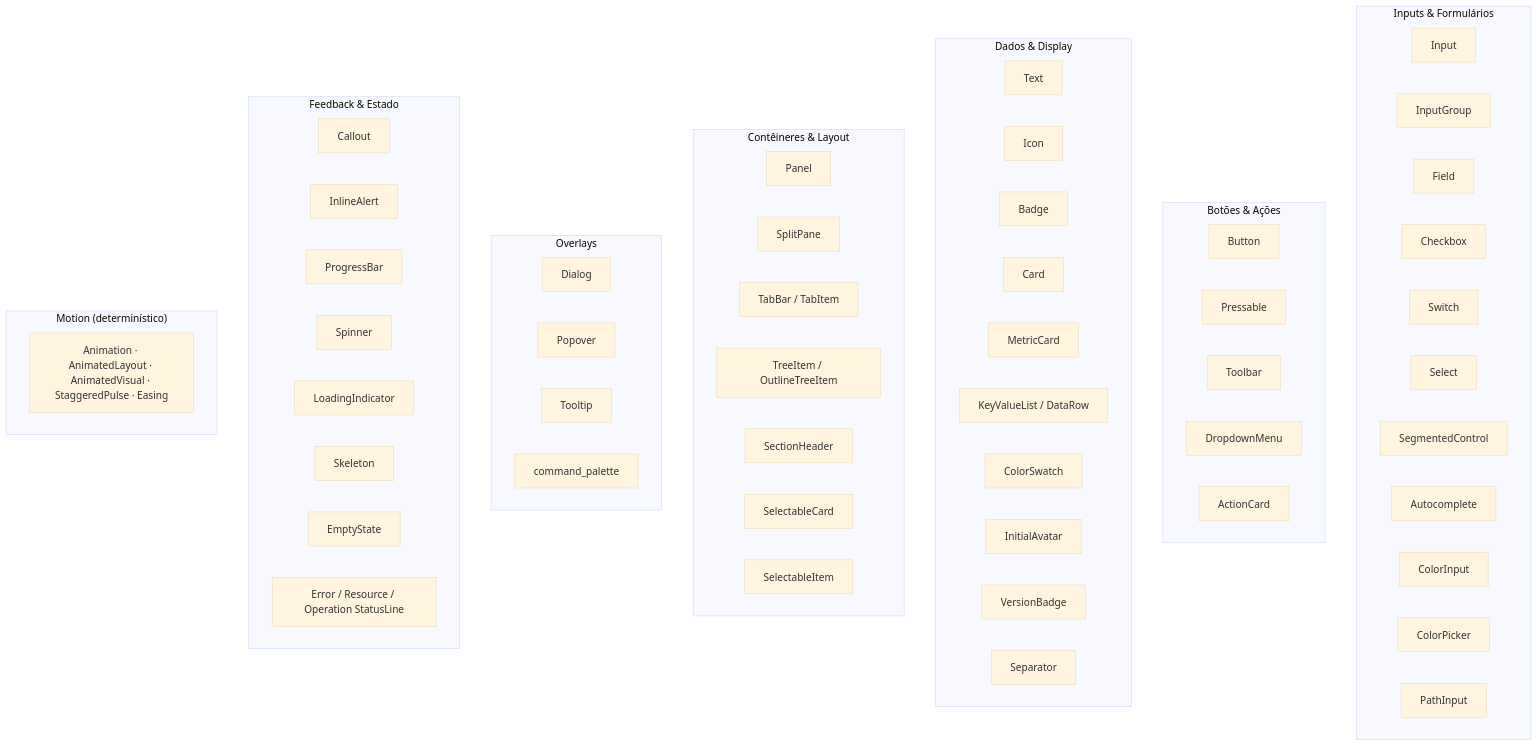
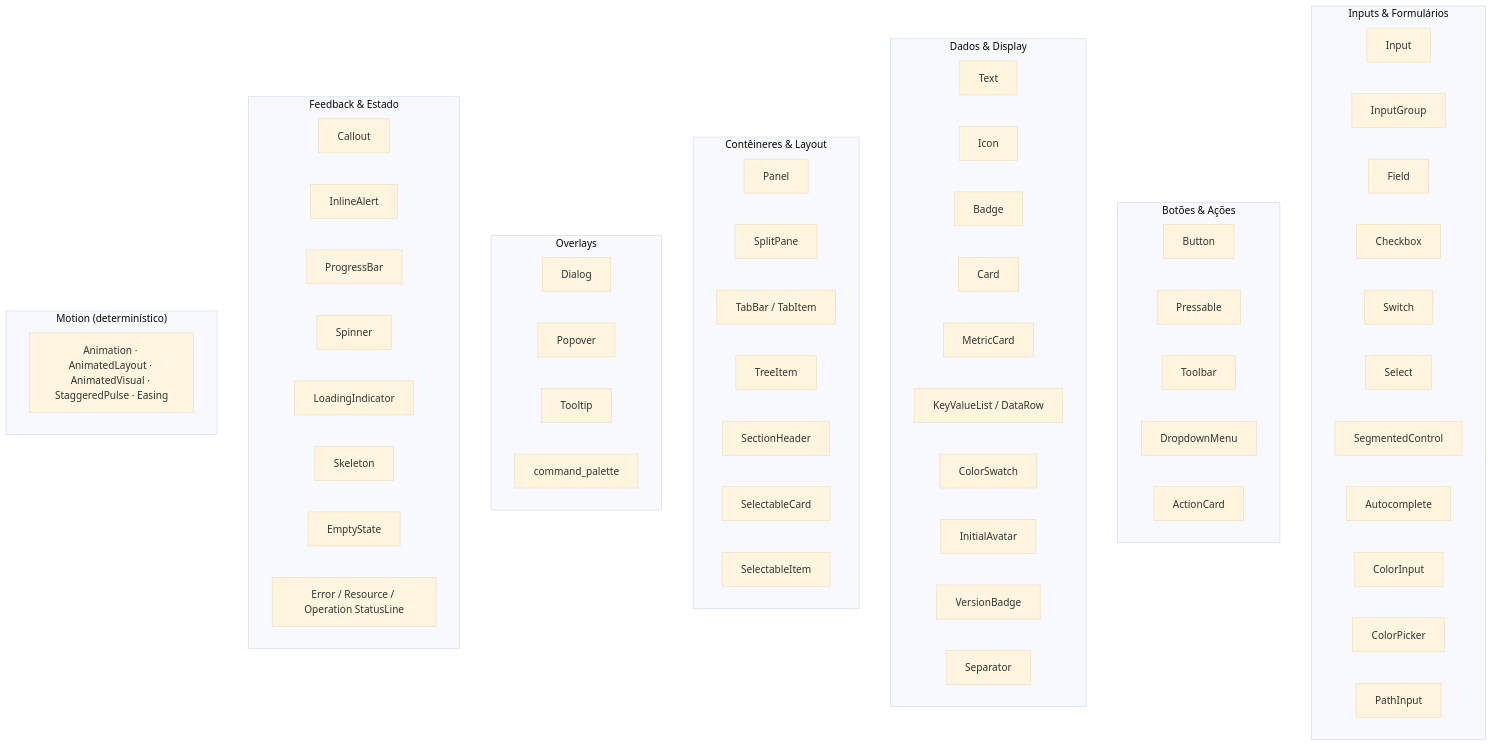
The third of 3 diagrams in docs/architecture/design-system.md (JirlanSouza/nive), drawn with Mermaid (base theme) before and after one commit. The commit also changed 3 other files, not shown here.

First line of the commit message:
refactor(nive-ui): remove OutlineTreeItem wrapper

````diff
--- a/docs/architecture/design-system.md
+++ b/docs/architecture/design-system.md
@@ -122,63 +122,63 @@
 ```mermaid
 flowchart TB
     subgraph inputs["Inputs & Formulários"]
         Input
         InputGroup
         Field
         Checkbox
         Switch
         Select
         SegmentedControl
         Autocomplete
         ColorInput
         ColorPicker
         PathInput
     end
     subgraph actions["Botões & Ações"]
         Button
         Pressable
         Toolbar
         DropdownMenu
         ActionCard
     end
     subgraph data["Dados & Display"]
         Text
         Icon
         Badge
         Card
         MetricCard
         KeyValueList["KeyValueList / DataRow"]
         ColorSwatch
         InitialAvatar
         VersionBadge
         Separator
     end
     subgraph layout["Contêineres & Layout"]
         Panel
         SplitPane
         Tabs["TabBar / TabItem"]
-        TreeItem["TreeItem / OutlineTreeItem"]
+        TreeItem
         SectionHeader
         SelectableCard
         SelectableItem
     end
     subgraph overlays["Overlays"]
         Dialog
         Popover
         Tooltip
         CommandPalette["command_palette"]
     end
     subgraph feedback["Feedback & Estado"]
         Callout
         InlineAlert
         ProgressBar
         Spinner
         LoadingIndicator
         Skeleton
         EmptyState
         StatusLines["Error / Resource / Operation StatusLine"]
     end
     subgraph motion["Motion (determinístico)"]
         Animation["Animation · AnimatedLayout · AnimatedVisual · StaggeredPulse · Easing"]
     end
 ```
````
